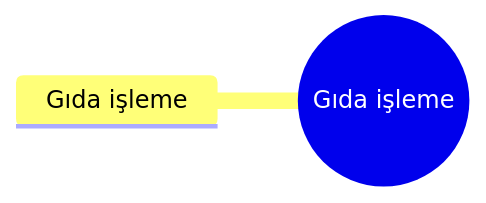
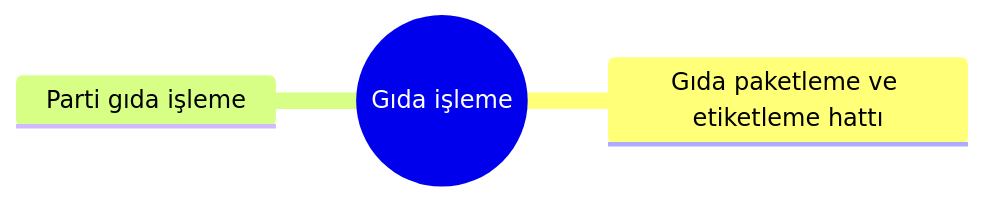
One commit to sametkarabulut-dev/xfuturepos-v2 changed the diagram in 02 İşletmeler/13 Üretim & İmalat/Gıda işleme/Dal – Gıda işleme.md. Above: the diagram before and after it, drawn with Mermaid. The commit also changed other lines of this file and 241 other files, not shown here.

````diff
--- a/02 İşletmeler/13 Üretim & İmalat/Gıda işleme/Dal – Gıda işleme.md
+++ b/02 İşletmeler/13 Üretim & İmalat/Gıda işleme/Dal – Gıda işleme.md
@@ -22,5 +23,6 @@
 ```mermaid
 mindmap
   root((Gıda işleme))
-    Gıda işleme
+    Gıda paketleme ve etiketleme hattı
+    Parti gıda işleme
 ```
````
